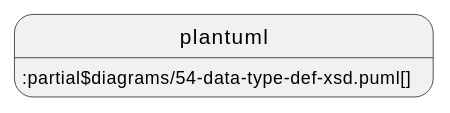
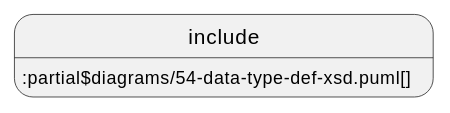
Before and after one commit to acplt/aas-specs: the second of 2 diagrams in documentation/IDTA-01001/modules/ROOT/pages/spec-metamodel/datatypes.adoc, drawn with PlantUML. The commit also changed other lines of this file and 14 other files, not shown here.

First line of the commit message:
Revert "Use plantuml instead of include and test ./"

```diff
--- a/documentation/IDTA-01001/modules/ROOT/pages/spec-metamodel/datatypes.adoc
+++ b/documentation/IDTA-01001/modules/ROOT/pages/spec-metamodel/datatypes.adoc
@@ -293,4 +293,4 @@
 [plantuml, 54-data-type-def-xsd, svg]
 ....
-plantuml::partial$diagrams/54-data-type-def-xsd.puml[]
+include::partial$diagrams/54-data-type-def-xsd.puml[]
 ....
```
